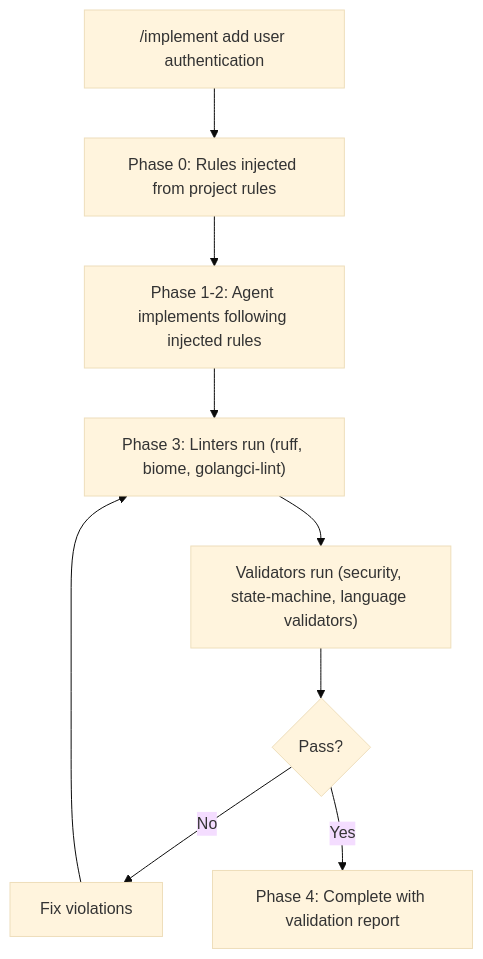
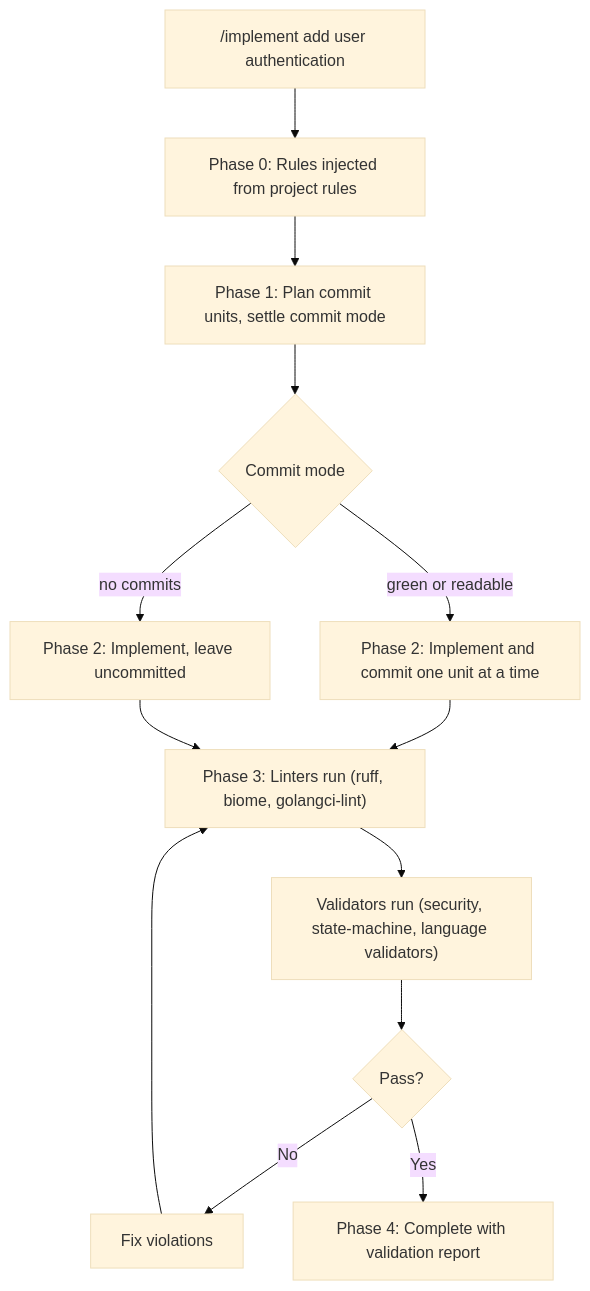
The second of 2 diagrams in data/readmes/peteski22__agent-pragma.md (zqf20096327/ai_collect), drawn with Mermaid (base theme) before and after one commit. The commit also changed other lines of this file and 2708 other files, not shown here.

````diff
--- a/data/readmes/peteski22__agent-pragma.md
+++ b/data/readmes/peteski22__agent-pragma.md
@@ -202,11 +215,15 @@
 ```mermaid
 flowchart TD
     A["/implement add user authentication"] --> B["Phase 0: Rules injected from project rules"]
-    B --> C["Phase 1-2: Agent implements following injected rules"]
-    C --> D["Phase 3: Linters run (ruff, biome, golangci-lint)"]
+    B --> C["Phase 1: Plan commit units, settle commit mode"]
+    C --> CM{"Commit mode"}
+    CM -->|"green or readable"| C2["Phase 2: Implement and commit one unit at a time"]
+    CM -->|"no commits"| C3["Phase 2: Implement, leave uncommitted"]
+    C2 --> D["Phase 3: Linters run (ruff, biome, golangci-lint)"]
+    C3 --> D
     D --> E["Validators run (security, state-machine, language validators)"]
     E --> F{Pass?}
     F -->|No| G["Fix violations"]
     G --> D
     F -->|Yes| H["Phase 4: Complete with validation report"]
 ```
````
